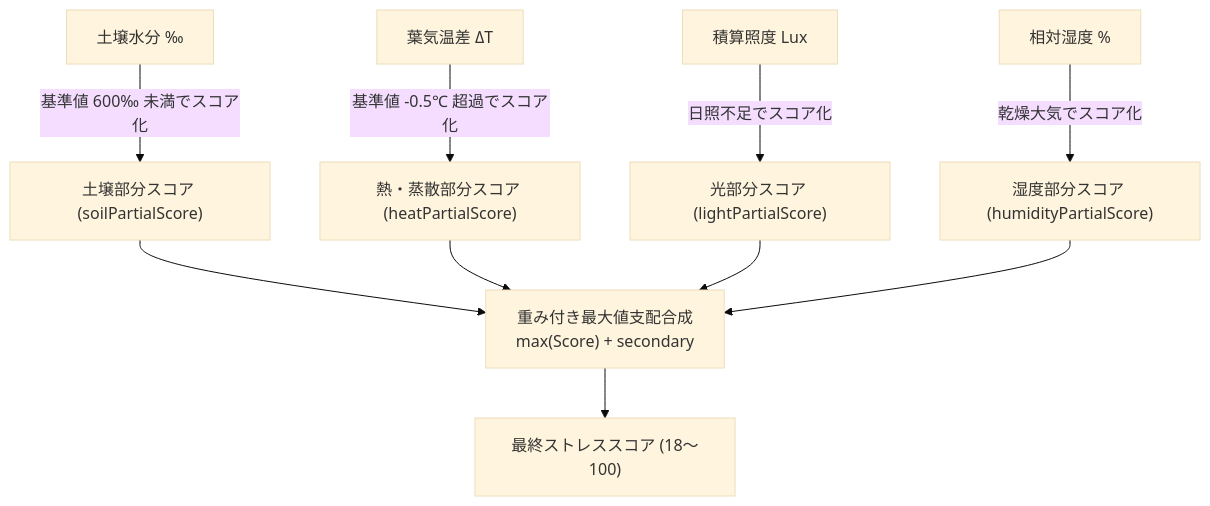
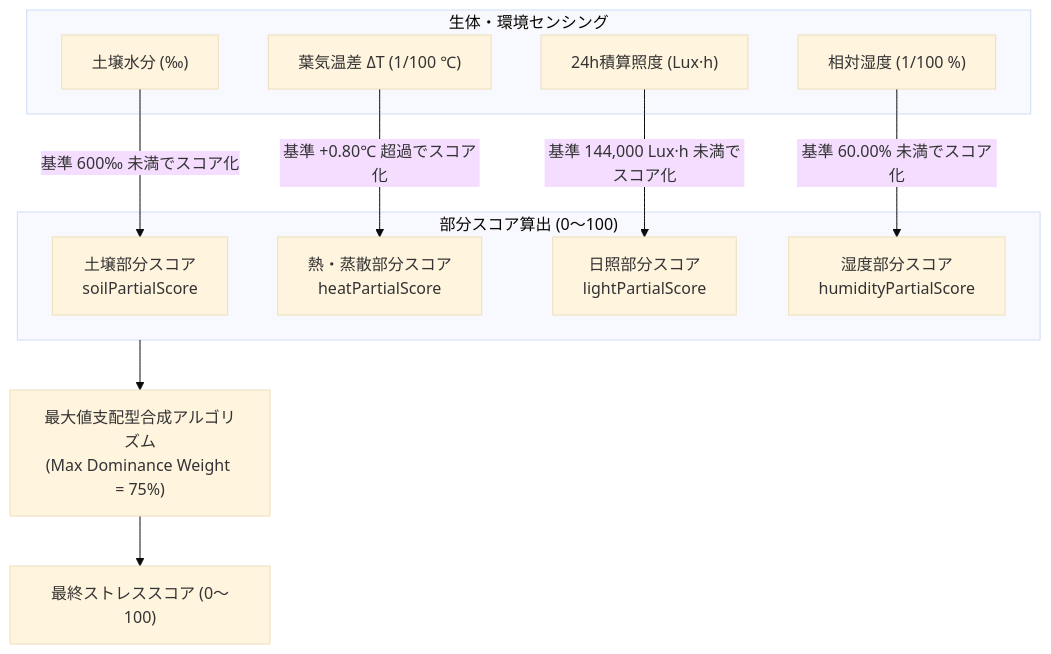
Before and after one commit to horned128/plant-doctor: the second of 4 diagrams in docs/textbook/02_plant_stress_scoring.md, drawn with Mermaid (base theme). The commit also changed other lines of this file and 5 other files, not shown here.

````diff
--- a/docs/textbook/02_plant_stress_scoring.md
+++ b/docs/textbook/02_plant_stress_scoring.md
@@ -60,10 +43,24 @@
 ```mermaid
-graph TD
-    S1["土壌水分 ‰"] -->|基準値 600‰ 未満でスコア化| P1["土壌部分スコア (soilPartialScore)"]
-    S2["葉気温差 ΔT"] -->|基準値 -0.5℃ 超過でスコア化| P2["熱・蒸散部分スコア (heatPartialScore)"]
-    S3["積算照度 Lux"] -->|日照不足でスコア化| P3["光部分スコア (lightPartialScore)"]
-    S4["相対湿度 %"] -->|乾燥大気でスコア化| P4["湿度部分スコア (humidityPartialScore)"]
+flowchart TD
+    subgraph INPUTS["生体・環境センシング"]
+        S1["土壌水分 (‰)"]
+        S2["葉気温差 ΔT (1/100 ℃)"]
+        S3["24h積算照度 (Lux·h)"]
+        S4["相対湿度 (1/100 %)"]
+    end
 
-    P1 & P2 & P3 & P4 --> SYNTH["重み付き最大値支配合成<br/>max(Score) + secondary"]
-    SYNTH --> OUT["最終ストレススコア (18〜100)"]
+    subgraph PARTIAL["部分スコア算出 (0〜100)"]
+        P1["土壌部分スコア<br/>soilPartialScore"]
+        P2["熱・蒸散部分スコア<br/>heatPartialScore"]
+        P3["日照部分スコア<br/>lightPartialScore"]
+        P4["湿度部分スコア<br/>humidityPartialScore"]
+    end
+
+    S1 -->|基準 600‰ 未満でスコア化| P1
+    S2 -->|基準 +0.80℃ 超過でスコア化| P2
+    S3 -->|基準 144,000 Lux·h 未満でスコア化| P3
+    S4 -->|基準 60.00% 未満でスコア化| P4
+
+    PARTIAL --> SYNTH["最大値支配型合成アルゴリズム<br/>(Max Dominance Weight = 75%)"]
+    SYNTH --> OUT["最終ストレススコア (0〜100)"]
 ```
````
